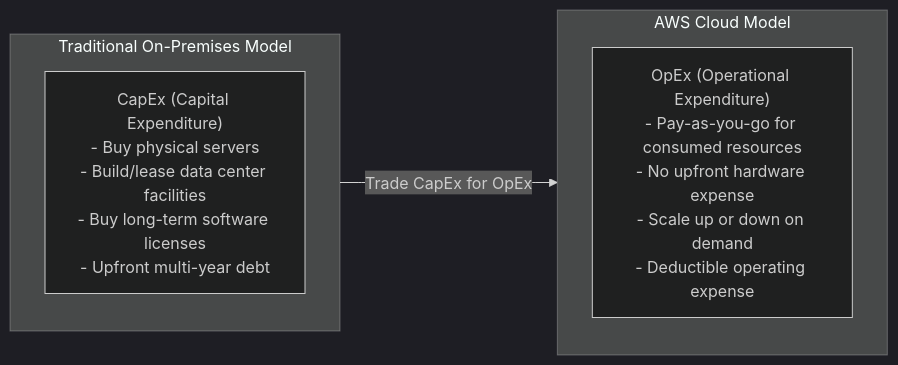
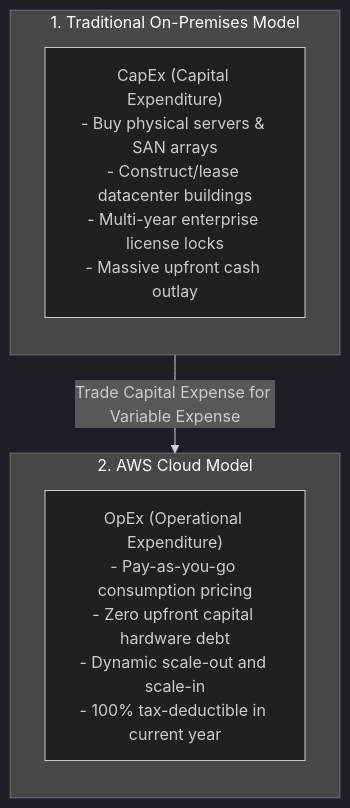
Before and after one commit to fakhruldeen/AWS: the first of 3 diagrams in Cloud/Practitioner/CLF-C02/06_Explanations/01_Cloud_Concepts/Cloud_Economics_and_TCO.md, drawn with Mermaid (dark theme). The commit also changed other lines of this file and 18 other files, not shown here.

````diff
--- a/Cloud/Practitioner/CLF-C02/06_Explanations/01_Cloud_Concepts/Cloud_Economics_and_TCO.md
+++ b/Cloud/Practitioner/CLF-C02/06_Explanations/01_Cloud_Concepts/Cloud_Economics_and_TCO.md
@@ -21,14 +21,14 @@
 ```mermaid
-graph LR
-    subgraph Traditional ["Traditional On-Premises Model"]
+graph TD
+    subgraph TraditionalModel ["1. Traditional On-Premises Model"]
         direction TB
-        CapEx["CapEx (Capital Expenditure)\n- Buy physical servers\n- Build/lease data center facilities\n- Buy long-term software licenses\n- Upfront multi-year debt"]
+        CapEx["CapEx (Capital Expenditure)<br/>- Buy physical servers & SAN arrays<br/>- Construct/lease datacenter buildings<br/>- Multi-year enterprise license locks<br/>- Massive upfront cash outlay"]
     end
 
-    subgraph CloudModel ["AWS Cloud Model"]
+    subgraph CloudModel ["2. AWS Cloud Model"]
         direction TB
-        OpEx["OpEx (Operational Expenditure)\n- Pay-as-you-go for consumed resources\n- No upfront hardware expense\n- Scale up or down on demand\n- Deductible operating expense"]
+        OpEx["OpEx (Operational Expenditure)<br/>- Pay-as-you-go consumption pricing<br/>- Zero upfront capital hardware debt<br/>- Dynamic scale-out and scale-in<br/>- 100% tax-deductible in current year"]
     end
 
-    Traditional -->|Trade CapEx for OpEx| CloudModel
+    TraditionalModel -->|Trade Capital Expense for Variable Expense| CloudModel
 ```
````
